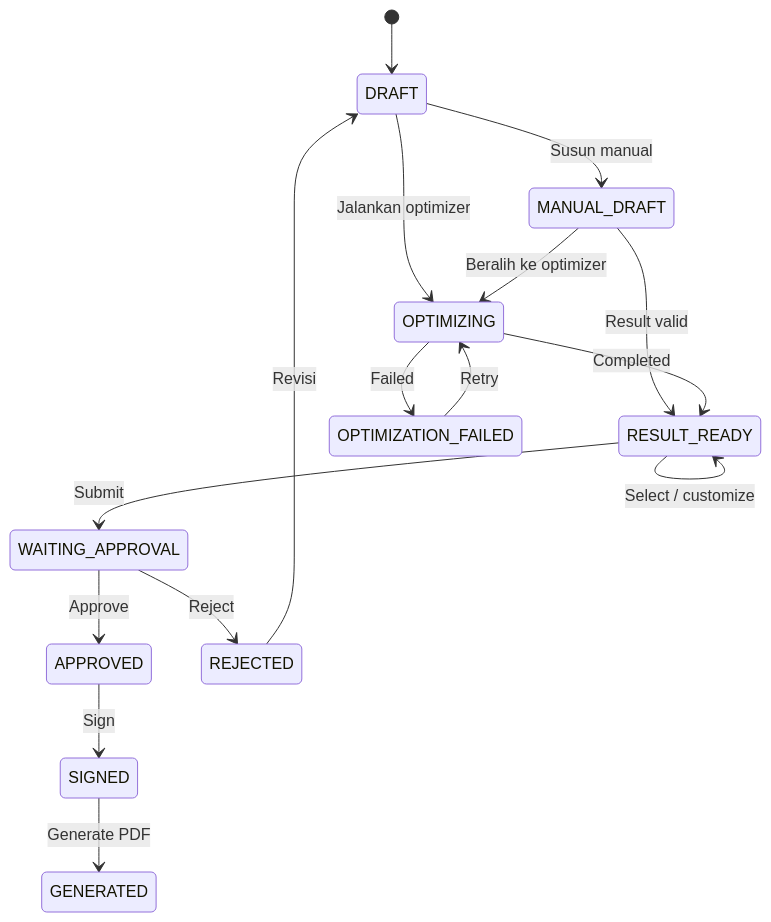
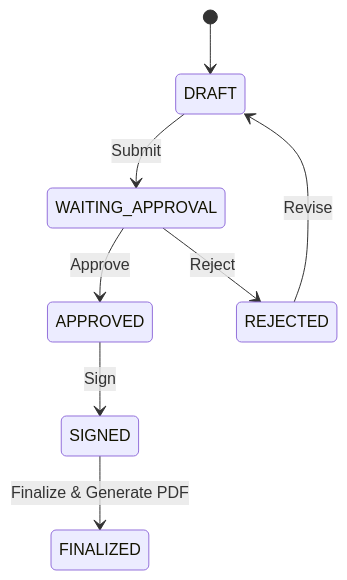
Before and after one commit to siantika/procurement-demo: the second of 2 diagrams in docs/02-business-rules.md, drawn with Mermaid. The commit also changed other lines of this file, not shown here.

````diff
--- a/docs/02-business-rules.md
+++ b/docs/02-business-rules.md
@@ -105,18 +435,14 @@
 ```mermaid
 stateDiagram-v2
     [*] --> DRAFT
-    DRAFT --> MANUAL_DRAFT: Susun manual
-    DRAFT --> OPTIMIZING: Jalankan optimizer
-    MANUAL_DRAFT --> RESULT_READY: Result valid
-    MANUAL_DRAFT --> OPTIMIZING: Beralih ke optimizer
-    OPTIMIZING --> RESULT_READY: Completed
-    OPTIMIZING --> OPTIMIZATION_FAILED: Failed
-    OPTIMIZATION_FAILED --> OPTIMIZING: Retry
-    RESULT_READY --> RESULT_READY: Select / customize
-    RESULT_READY --> WAITING_APPROVAL: Submit
+
+    DRAFT --> WAITING_APPROVAL: Submit
+
     WAITING_APPROVAL --> APPROVED: Approve
     WAITING_APPROVAL --> REJECTED: Reject
-    REJECTED --> DRAFT: Revisi
+
+    REJECTED --> DRAFT: Revise
+
     APPROVED --> SIGNED: Sign
-    SIGNED --> GENERATED: Generate PDF
+    SIGNED --> FINALIZED: Finalize & Generate PDF
 ```
````
